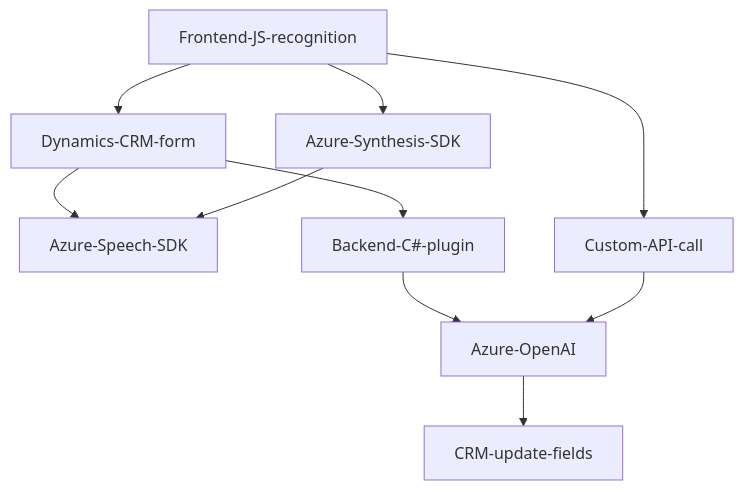
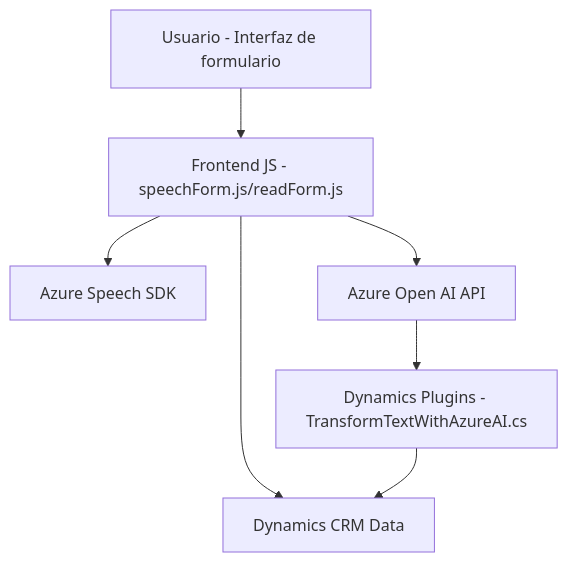
Before and after one commit to blopezdm/NETCORE_BILBAO2025: the diagram in README.md, drawn with Mermaid. The commit also changed other lines of this file, not shown here.

````diff
--- a/README.md
+++ b/README.md
@@ -56,14 +37,16 @@
 ```mermaid
 graph TD
-    A["Frontend-JS-recognition"] --> B["Dynamics-CRM-form"]
-    B --> C["Azure-Speech-SDK"]
-    A --> D["Azure-Synthesis-SDK"]
-    D --> C
-    
-    B --> E["Backend-C#-plugin"]
-    E --> F["Azure-OpenAI"]
-    F --> G["CRM-update-fields"]
-
-    A --> H["Custom-API-call"]
-    H --> F
+  A["Usuario - Interfaz de formulario"]
+  B["Frontend JS - speechForm.js/readForm.js"]
+  C["Azure Speech SDK"]
+  D["Azure Open AI API"]
+  E["Dynamics Plugins - TransformTextWithAzureAI.cs"]
+  F["Dynamics CRM Data"]
+  
+  A --> B
+  B --> C
+  B --> F
+  B --> D
+  D --> E
+  E --> F
 ```
````
